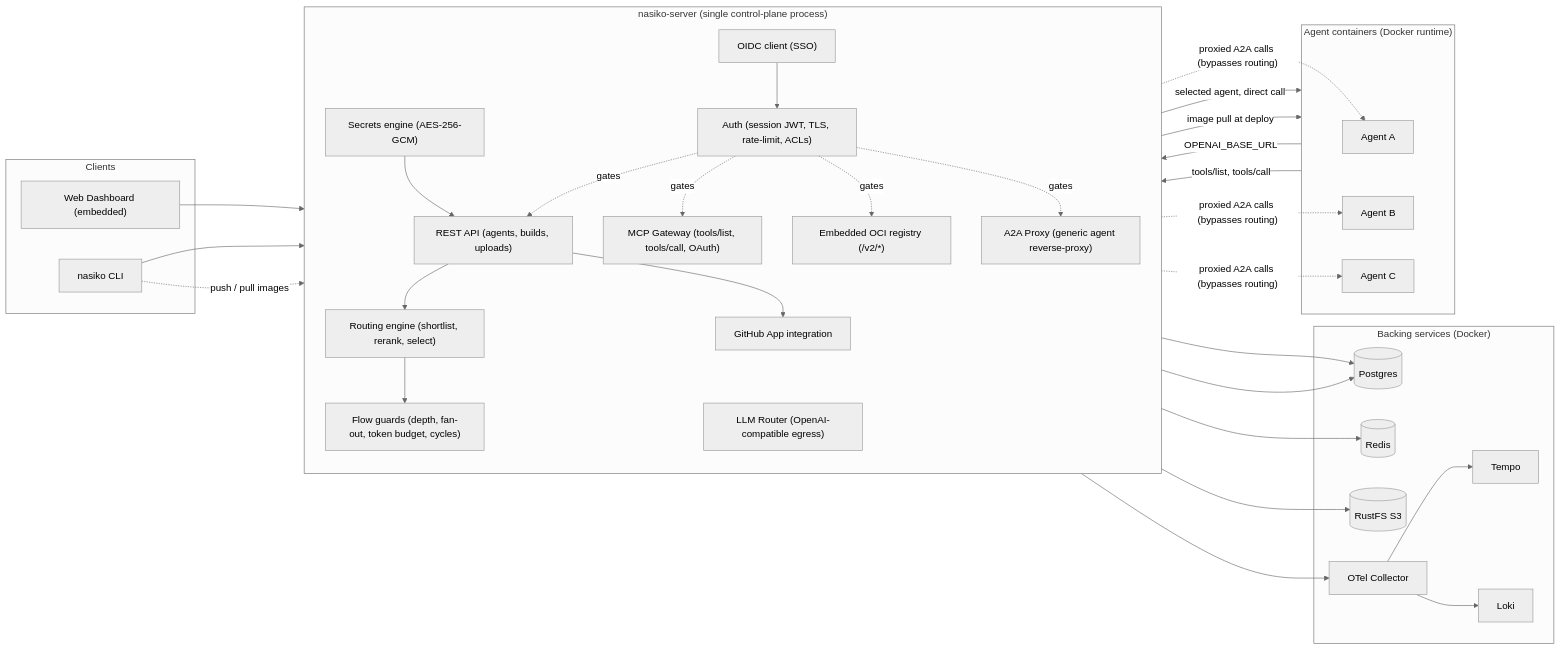
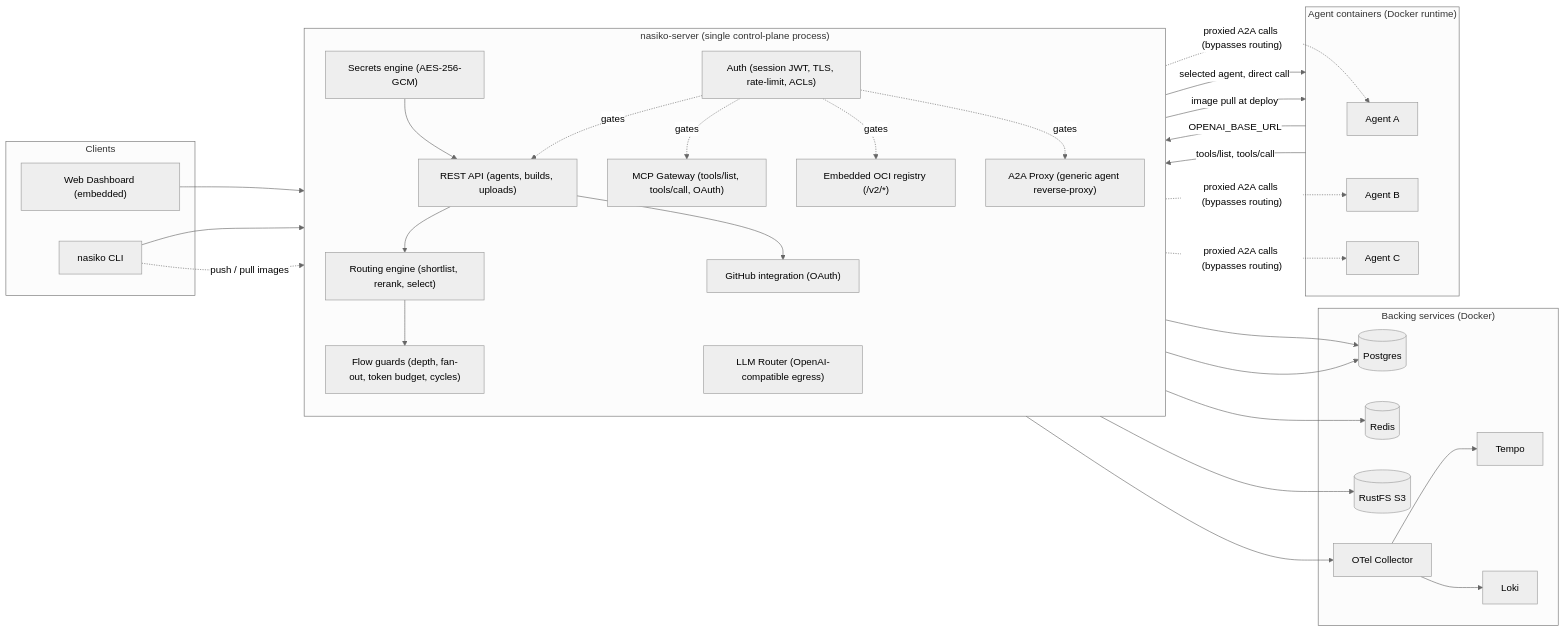
The diagram in README.md (Nasiko-Labs/nasiko), drawn with Mermaid (neutral theme) before and after one commit. The commit also changed other lines of this file and 1 other file, not shown here.

Commit message:
docs: address README review feedback
- Architecture diagram: drop the OIDC/SSO node (enterprise only) and
  label the GitHub integration as OAuth, matching OSS
- Use `nasiko chat --agent` in the command table, as in the quickstart
- CONTRIBUTING: the UI is React 19 + Vite with TanStack Router

[synced-from-private]

````diff
--- a/README.md
+++ b/README.md
@@ -127,67 +127,65 @@
 ```mermaid
 flowchart LR
     subgraph Clients["Clients"]
         UI["Web Dashboard (embedded)"]
         CLI["nasiko CLI"]
     end
 
     subgraph CP["nasiko-server (single control-plane process)"]
         direction TB
         API["REST API (agents, builds, uploads)"]
         AUTH["Auth (session JWT, TLS, rate-limit, ACLs)"]
-        OIDC["OIDC client (SSO)"]
         ROUTE["Routing engine (shortlist, rerank, select)"]
         PROXY["A2A Proxy (generic agent reverse-proxy)"]
         MCP["MCP Gateway (tools/list, tools/call, OAuth)"]
         LLM["LLM Router (OpenAI-compatible egress)"]
         OCI["Embedded OCI registry (/v2/*)"]
         FLOW["Flow guards (depth, fan-out, token budget, cycles)"]
         SECRETS["Secrets engine (AES-256-GCM)"]
-        GITHUB["GitHub App integration"]
+        GITHUB["GitHub integration (OAuth)"]
     end
 
     subgraph Infra["Backing services (Docker)"]
         PG[(Postgres)]
         RD[(Redis)]
         S3[(RustFS S3)]
         OTEL["OTel Collector"]
         TEMPO["Tempo"]
         LOKI["Loki"]
     end
 
     subgraph Agents["Agent containers (Docker runtime)"]
         A1["Agent A"]
         A2["Agent B"]
         A3["Agent C"]
     end
 
     UI --> API
     CLI --> API
     CLI -. "push / pull images" .-> OCI
 
     API --> ROUTE
     API --> GITHUB
     ROUTE --> FLOW
-    OIDC --> AUTH
     SECRETS --> API
 
     AUTH -. gates .-> API
     AUTH -. gates .-> MCP
     AUTH -. gates .-> OCI
     AUTH -. gates .-> PROXY
 
     ROUTE -- "selected agent, direct call" --> Agents
     PROXY -. "proxied A2A calls (bypasses routing)" .-> A1
     PROXY -. "proxied A2A calls (bypasses routing)" .-> A2
     PROXY -. "proxied A2A calls (bypasses routing)" .-> A3
     OCI -- "image pull at deploy" --> Agents
     Agents -- "OPENAI_BASE_URL" --> LLM
     Agents -- "tools/list, tools/call" --> MCP
 
     OCI --> S3
     FLOW --> RD
     SECRETS --> PG
     AUTH --> PG
     CP --> OTEL --> TEMPO
     OTEL --> LOKI
 ```
````
